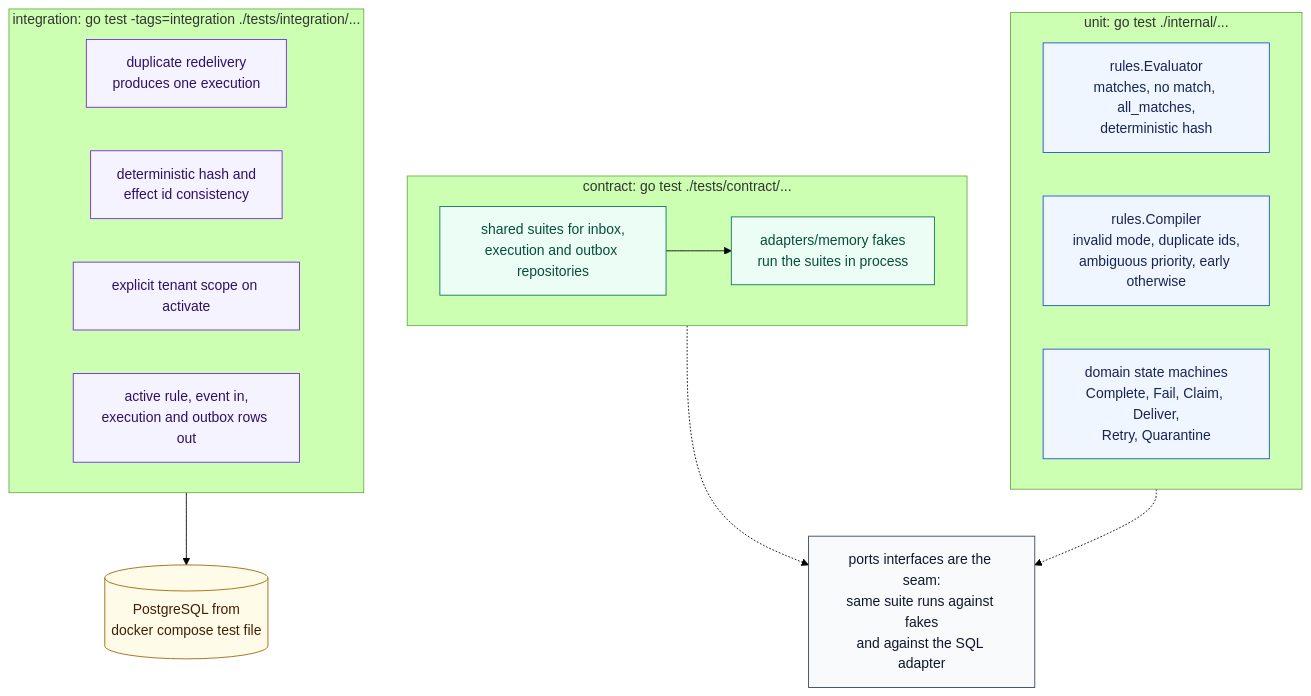
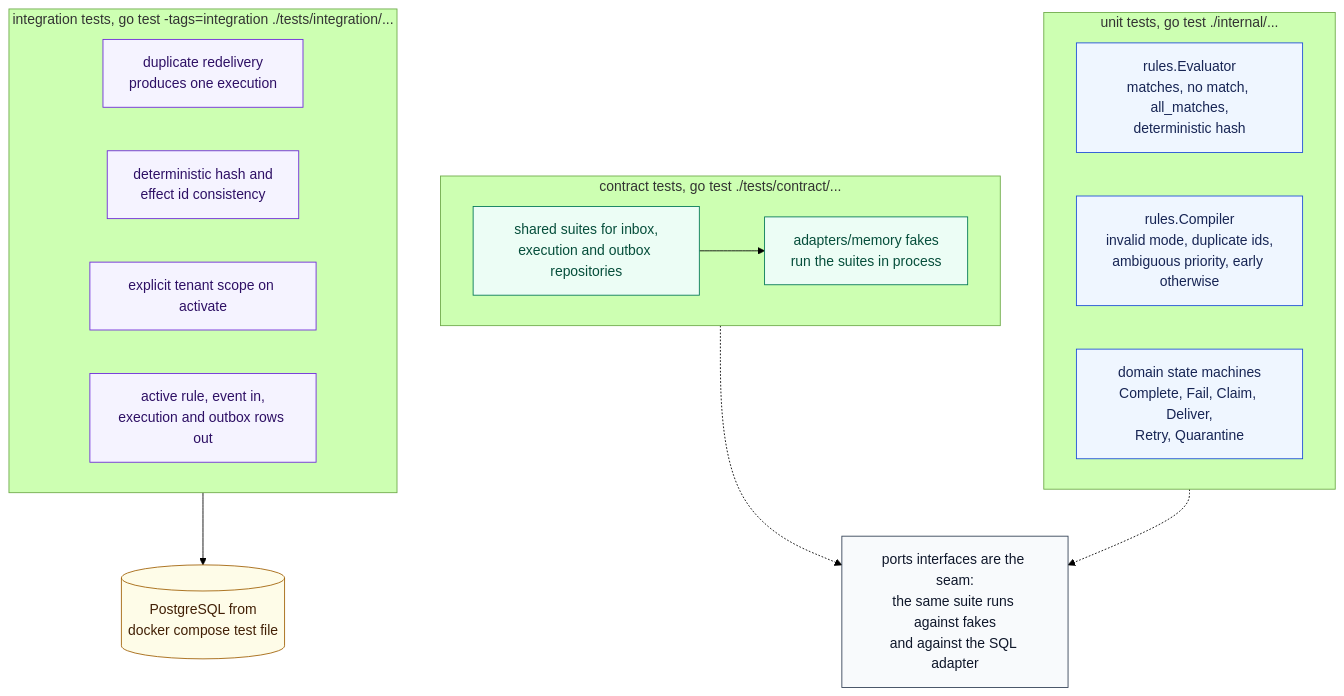
The diagram in docs/21-testing-architecture.mmd (premchandkpc/kafka-simulate-rule), drawn with Mermaid (forest theme) before and after one commit. The commit also changed 17 other files, not shown here.

Commit message:
docs: enrich mermaid diagrams and fix parse errors

```diff
--- a/docs/21-testing-architecture.mmd
+++ b/docs/21-testing-architecture.mmd
@@ -1,33 +1,33 @@
 flowchart TB
     %% Design view: test layers and which substitute each one uses.
     classDef unit fill:#eff6ff,stroke:#1d4ed8,color:#172554
     classDef contract fill:#ecfdf5,stroke:#047857,color:#064e3b
     classDef integ fill:#f5f3ff,stroke:#6d28d9,color:#2e1065
     classDef store fill:#fefce8,stroke:#a16207,color:#422006
     classDef note fill:#f8fafc,stroke:#334155,color:#0f172a
 
-    subgraph U["unit: go test ./internal/..."]
+    subgraph U["unit tests, go test ./internal/..."]
         EvalT["rules.Evaluator<br/>matches, no match, all_matches,<br/>deterministic hash"]:::unit
         CompT["rules.Compiler<br/>invalid mode, duplicate ids,<br/>ambiguous priority, early otherwise"]:::unit
         DomT["domain state machines<br/>Complete, Fail, Claim, Deliver,<br/>Retry, Quarantine"]:::unit
     end
 
-    subgraph C["contract: go test ./tests/contract/..."]
+    subgraph C["contract tests, go test ./tests/contract/..."]
         Suite["shared suites for inbox,<br/>execution and outbox repositories"]:::contract
         Mem["adapters/memory fakes<br/>run the suites in process"]:::contract
         Suite --> Mem
     end
 
-    subgraph I["integration: go test -tags=integration ./tests/integration/..."]
+    subgraph I["integration tests, go test -tags=integration ./tests/integration/..."]
         Dup["duplicate redelivery<br/>produces one execution"]:::integ
         Hash["deterministic hash and<br/>effect id consistency"]:::integ
         Tenant["explicit tenant scope on activate"]:::integ
         Flow["active rule, event in,<br/>execution and outbox rows out"]:::integ
     end
 
     PG[("PostgreSQL from<br/>docker compose test file")]:::store
     I --> PG
 
-    Ports["ports interfaces are the seam:<br/>same suite runs against fakes<br/>and against the SQL adapter"]:::note
+    Ports["ports interfaces are the seam:<br/>the same suite runs against fakes<br/>and against the SQL adapter"]:::note
     C -.-> Ports
     U -.-> Ports
```
